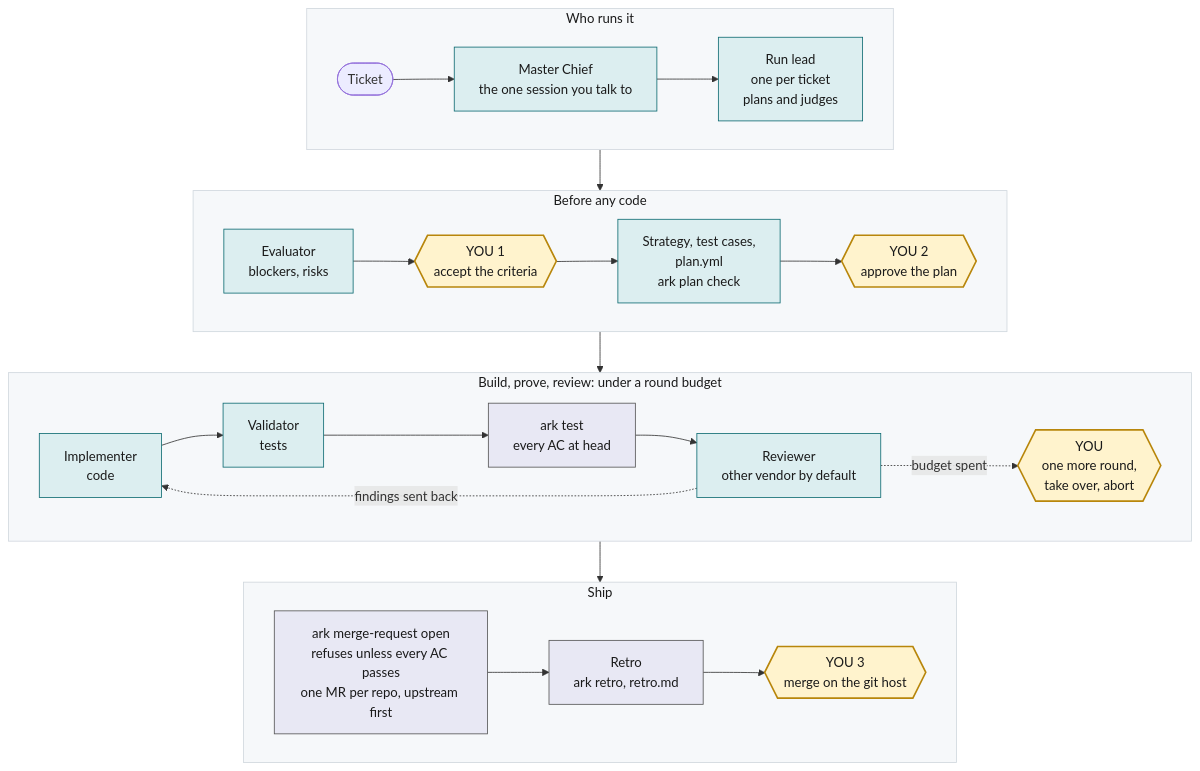
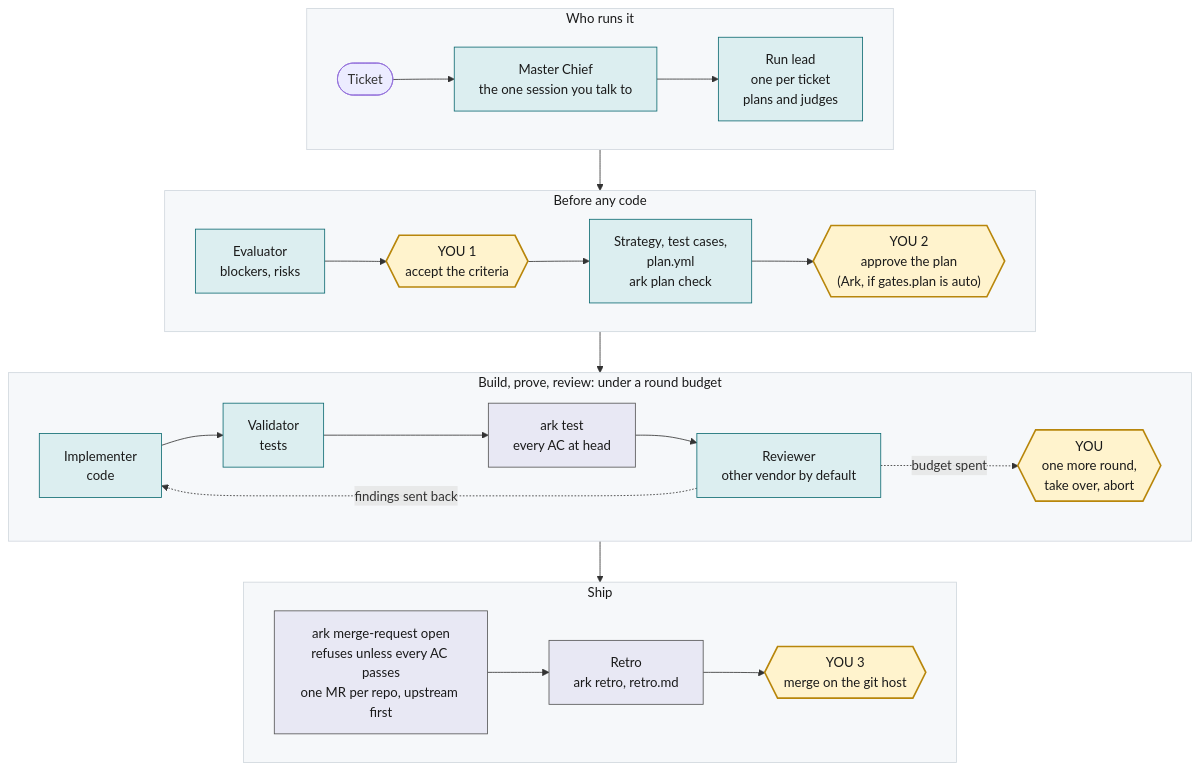
Before and after one commit to cobekarhoff/ark: the first of 2 diagrams in README.md, drawn with Mermaid. The commit also changed other lines of this file and 3 other files, not shown here.

Commit message:
ARK-364: PRD and docs match the code: R2.1 run.started, R4.2 without open decision, Codex usage parser, auto gates, merge_requests_open wait

````diff
--- a/README.md
+++ b/README.md
@@ -15,31 +15,31 @@
 ```mermaid
 flowchart TB
   subgraph start ["Who runs it"]
     direction LR
     ticket([Ticket]) --> mc["Master Chief<br/>the one session you talk to"] --> rl["Run lead<br/>one per ticket<br/>plans and judges"]
   end
   subgraph before ["Before any code"]
     direction LR
-    ev["Evaluator<br/>blockers, risks"] --> g1{{"YOU 1<br/>accept the criteria"}} --> plan["Strategy, test cases,<br/>plan.yml<br/>ark plan check"] --> g2{{"YOU 2<br/>approve the plan"}}
+    ev["Evaluator<br/>blockers, risks"] --> g1{{"YOU 1<br/>accept the criteria"}} --> plan["Strategy, test cases,<br/>plan.yml<br/>ark plan check"] --> g2{{"YOU 2<br/>approve the plan<br/>(Ark, if gates.plan is auto)"}}
   end
   subgraph build ["Build, prove, review: under a round budget"]
     direction LR
     impl["Implementer<br/>code"] --> val["Validator<br/>tests"] --> t["ark test<br/>every AC at head"] --> rev["Reviewer<br/>other vendor by default"]
     rev -. "findings sent back" .-> impl
     rev -. "budget spent" .-> esc{{"YOU<br/>one more round,<br/>take over, abort"}}
   end
   subgraph ship ["Ship"]
     direction LR
     mr["ark merge-request open<br/>refuses unless every AC passes<br/>one MR per repo, upstream first"] --> retro["Retro<br/>ark retro, retro.md"] --> g3{{"YOU 3<br/>merge on the git host"}}
   end
   start --> before --> build --> ship
 
   classDef lane fill:#f6f8fa,stroke:#d0d7de,color:#1a1a1a
   class start,before,build,ship lane
   classDef human fill:#fff3cd,stroke:#b8860b,stroke-width:2px,color:#1a1a1a
   classDef agent fill:#dceef0,stroke:#0e6b72,color:#1a1a1a
   classDef cmd fill:#e8e8f4,stroke:#555,color:#1a1a1a
   class g1,g2,g3,esc human
   class mc,rl,ev,impl,val,rev,plan agent
   class t,mr,retro cmd
 ```
````
